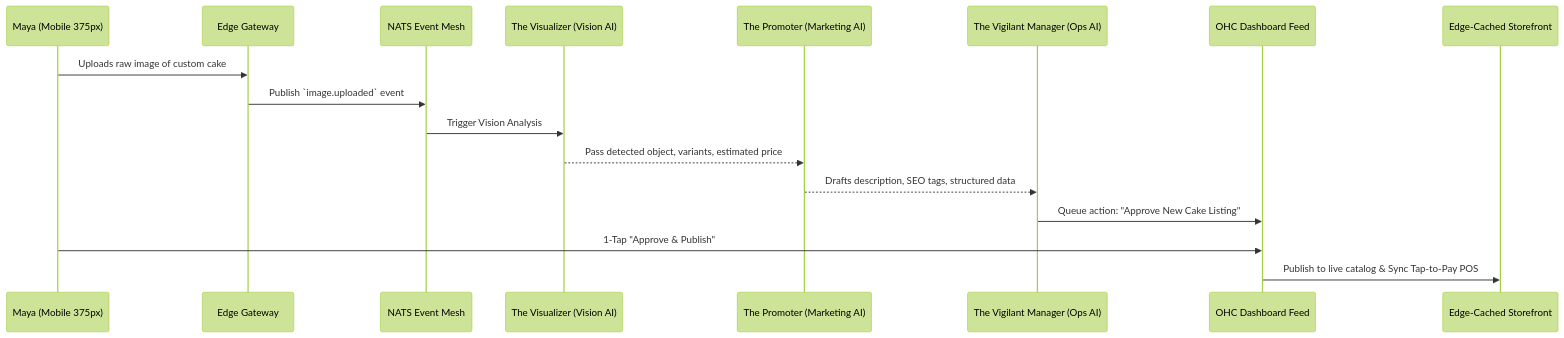
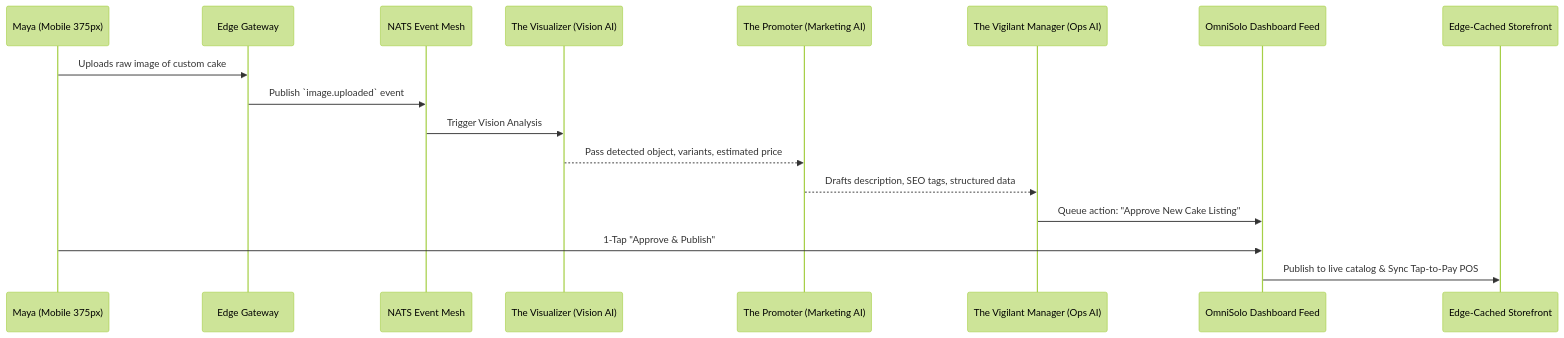
One commit to omnisolo-llc/onehumancorp changed the diagram in docs/research/[feature]_invisible_magic_catalog.md. Above: the diagram before and after it, drawn with Mermaid (forest theme). The commit also changed other lines of this file and 2191 other files, not shown here.

Commit message:
feat: complete OmniSolo rename and browser audit

````diff
--- a/docs/research/[feature]_invisible_magic_catalog.md
+++ b/docs/research/[feature]_invisible_magic_catalog.md
@@ -27,20 +27,20 @@
 ```mermaid
 sequenceDiagram
     participant User as Maya (Mobile 375px)
     participant Edge as Edge Gateway
     participant EventMesh as NATS Event Mesh
     participant VisionAgent as The Visualizer (Vision AI)
     participant WriterAgent as The Promoter (Marketing AI)
     participant ManagerAgent as The Vigilant Manager (Ops AI)
-    participant ActionFeed as OHC Dashboard Feed
+    participant ActionFeed as OmniSolo Dashboard Feed
     participant Storefront as Edge-Cached Storefront
 
     User->>Edge: Uploads raw image of custom cake
     Edge->>EventMesh: Publish `image.uploaded` event
     EventMesh->>VisionAgent: Trigger Vision Analysis
     VisionAgent-->>WriterAgent: Pass detected object, variants, estimated price
     WriterAgent-->>ManagerAgent: Drafts description, SEO tags, structured data
     ManagerAgent->>ActionFeed: Queue action: "Approve New Cake Listing"
     User->>ActionFeed: 1-Tap "Approve & Publish"
     ActionFeed->>Storefront: Publish to live catalog & Sync Tap-to-Pay POS
 ```
````
